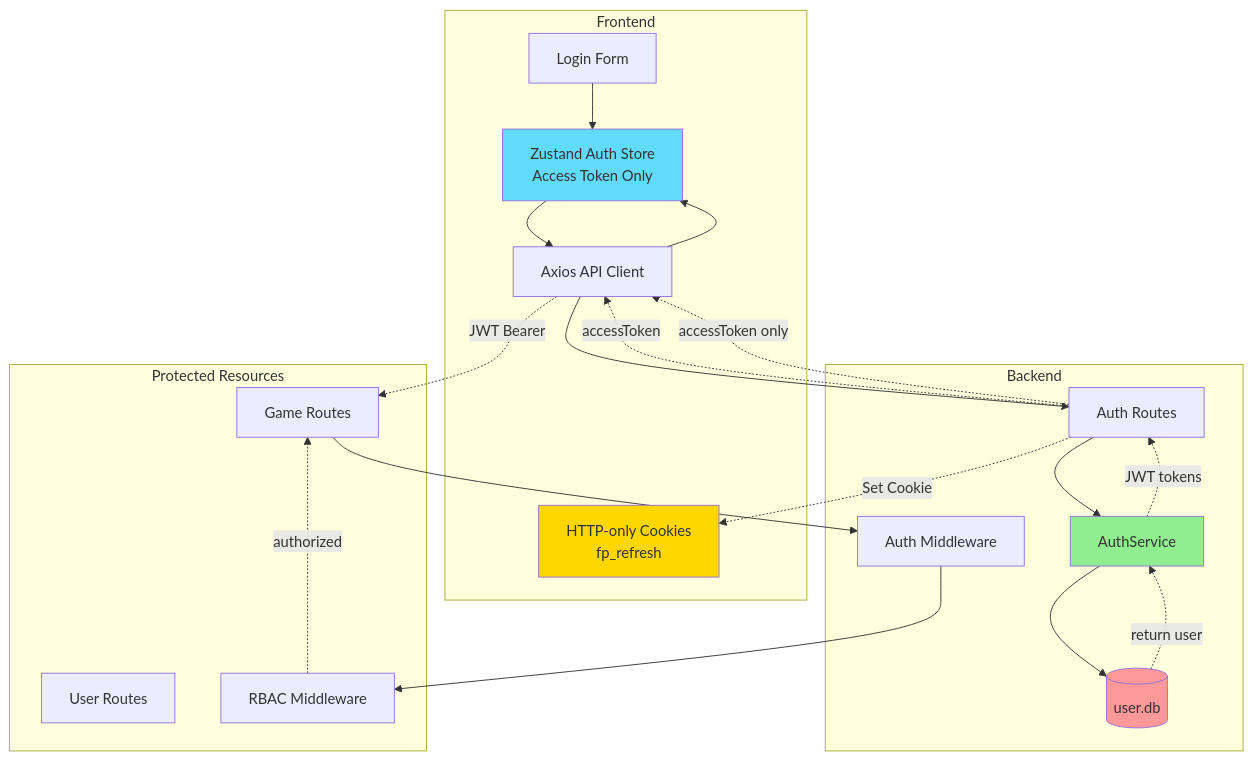
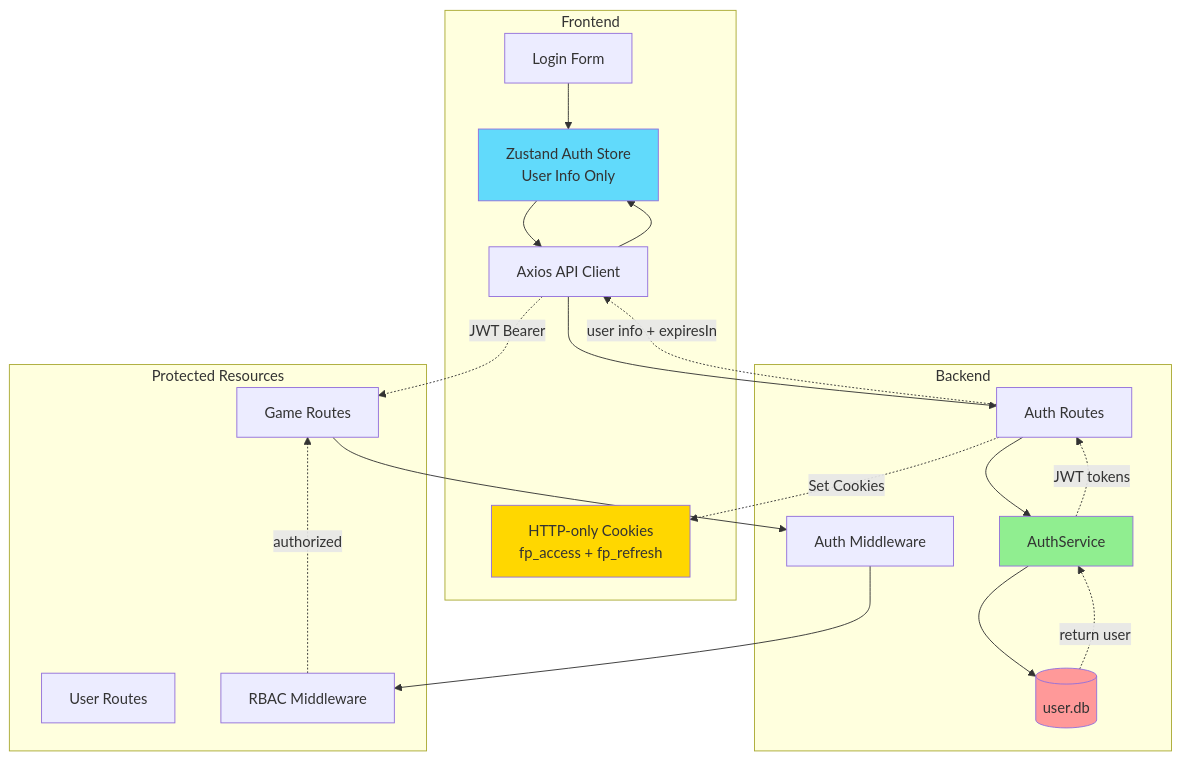
The first of 7 diagrams in docs/02-architecture/authentication-flow.md (darkraise/flashpoint-web), drawn with Mermaid before and after one commit. The commit also changed other lines of this file and 18 other files, not shown here.

````diff
--- a/docs/02-architecture/authentication-flow.md
+++ b/docs/02-architecture/authentication-flow.md
@@ -10,44 +10,43 @@
 ```mermaid
 graph TB
     subgraph "Frontend"
         LoginForm[Login Form]
-        AuthStore[Zustand Auth Store<br/>Access Token Only]
+        AuthStore[Zustand Auth Store<br/>User Info Only]
         APIClient[Axios API Client]
-        Cookies[HTTP-only Cookies<br/>fp_refresh]
+        Cookies[HTTP-only Cookies<br/>fp_access + fp_refresh]
     end
 
     subgraph "Backend"
         AuthRoute[Auth Routes]
         AuthMiddleware[Auth Middleware]
         AuthService[AuthService]
         UserDB[(user.db)]
     end
 
     subgraph "Protected Resources"
         GameRoutes[Game Routes]
         UserRoutes[User Routes]
         RBACMiddleware[RBAC Middleware]
     end
 
     LoginForm --> AuthStore
-    AuthRoute -.Set Cookie.-> Cookies
-    AuthRoute -.accessToken.-> APIClient
+    AuthRoute -.Set Cookies.-> Cookies
     AuthStore --> APIClient
     APIClient --> AuthRoute
     AuthRoute --> AuthService
     AuthService --> UserDB
     UserDB -.return user.-> AuthService
     AuthService -.JWT tokens.-> AuthRoute
-    AuthRoute -.accessToken only.-> APIClient
+    AuthRoute -.user info + expiresIn.-> APIClient
     APIClient --> AuthStore
 
     APIClient -.JWT Bearer.-> GameRoutes
     GameRoutes --> AuthMiddleware
     AuthMiddleware --> RBACMiddleware
     RBACMiddleware -.authorized.-> GameRoutes
 
     style AuthStore fill:#61dafb
     style AuthService fill:#90ee90
     style UserDB fill:#ff9999
     style Cookies fill:#ffd700
 ```
````
